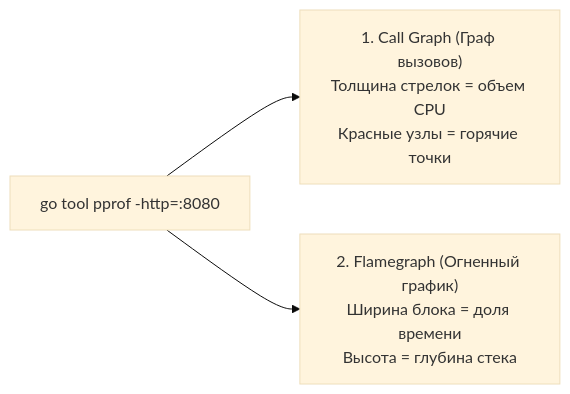
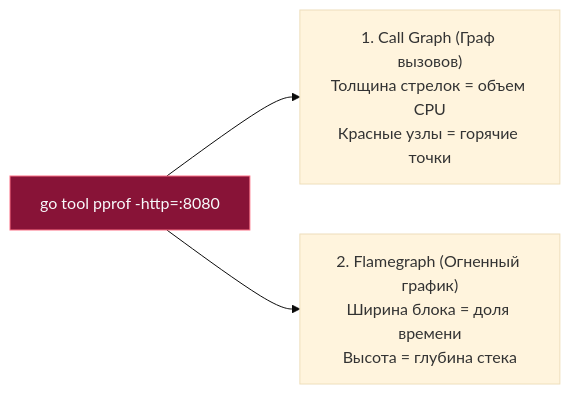
Before and after one commit to UnrealTemplier/go-textbook: the second of 3 diagrams in sources/16. Профилирование, отладка и производительность/03. CPU profiling/2. CPU profiling в Go.md, drawn with Mermaid (base theme). The commit also changed other lines of this file and 1666 other files, not shown here.

First line of the commit message:
feat(mermaid): add semantic color classDef to 1369 colorless flowchart/graph diagrams

````diff
--- a/sources/16. Профилирование, отладка и производительность/03. CPU profiling/2. CPU profiling в Go.md
+++ b/sources/16. Профилирование, отладка и производительность/03. CPU profiling/2. CPU profiling в Go.md
@@ -250,5 +260,15 @@
 ```mermaid
 flowchart LR
-    PProfWeb["go tool pprof -http=:8080"] --> ViewGraph["1. Call Graph (Граф вызовов)<br>Толщина стрелок = объем CPU<br>Красные узлы = горячие точки"]
+    classDef process  fill:#1e293b,stroke:#38bdf8,stroke-width:1px,color:#f8fafc
+    classDef success  fill:#064e3b,stroke:#34d399,stroke-width:1px,color:#f8fafc
+    classDef error    fill:#7f1d1d,stroke:#f87171,stroke-width:1px,color:#f8fafc
+    classDef warning  fill:#78350f,stroke:#fbbf24,stroke-width:1px,color:#f8fafc
+    classDef entry    fill:#1e3a5f,stroke:#38bdf8,stroke-width:2px,color:#f8fafc
+    classDef aux      fill:#334155,stroke:#64748b,stroke-width:1px,color:#f8fafc
+    classDef system   fill:#312e81,stroke:#a78bfa,stroke-width:1px,color:#f8fafc
+    classDef data     fill:#132d29,stroke:#2dd4bf,stroke-width:1px,color:#f8fafc
+    classDef network  fill:#881337,stroke:#fb7185,stroke-width:1px,color:#f8fafc
+    classDef accent   fill:#1e1b4b,stroke:#818cf8,stroke-width:1px,color:#f8fafc
+    PProfWeb["go tool pprof -http=:8080"]:::network --> ViewGraph["1. Call Graph (Граф вызовов)<br>Толщина стрелок = объем CPU<br>Красные узлы = горячие точки"]
     PProfWeb --> ViewFlame["2. Flamegraph (Огненный график)<br>Ширина блока = доля времени<br>Высота = глубина стека"]
 ```
````
